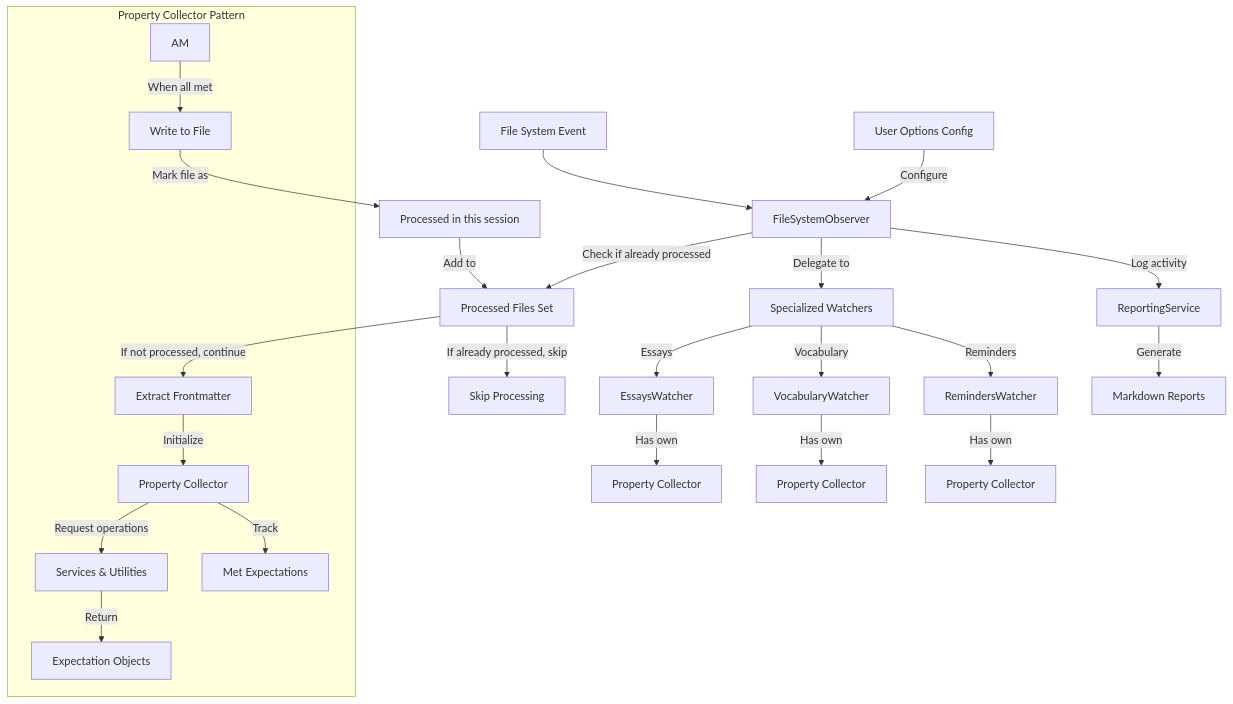
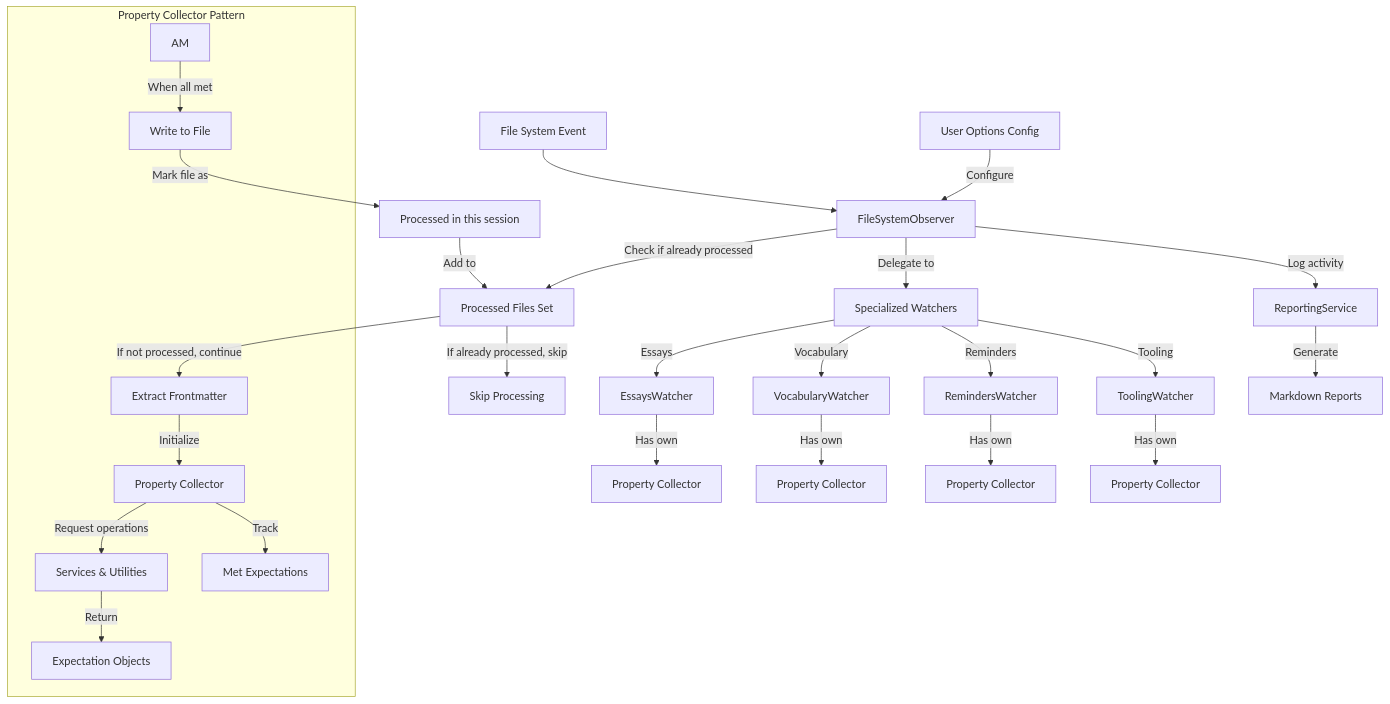
The second of 3 diagrams in specs/Filesystem-Observer-for-Consistent-Metadata-in-Markdown-files.md (lossless-group/lossless-content), drawn with Mermaid before and after one commit. The commit also changed other lines of this file and 4 other files, not shown here.

````diff
--- a/specs/Filesystem-Observer-for-Consistent-Metadata-in-Markdown-files.md
+++ b/specs/Filesystem-Observer-for-Consistent-Metadata-in-Markdown-files.md
@@ -171,32 +171,33 @@
 ```mermaid
 graph TD
     A[File System Event] --> B[FileSystemObserver]
     U[User Options Config] -->|Configure| B
     B -->|Check if already processed| P[Processed Files Set]
     P -->|If already processed, skip| S[Skip Processing]
     P -->|If not processed, continue| C[Extract Frontmatter]
     
     B -->|Delegate to| W[Specialized Watchers]
     W -->|Essays| W1[EssaysWatcher]
     W -->|Vocabulary| W2[VocabularyWatcher]
     W -->|Reminders| W3[RemindersWatcher]
+    W -->|Tooling| W4[ToolingWatcher]
     
     subgraph "Property Collector Pattern"
         C -->|Initialize| PC[Property Collector]
         PC -->|Request operations| SV[Services & Utilities]
         SV -->|Return| EO[Expectation Objects]
         PC -->|Track| ME[Met Expectations]
         AM -->|When all met| WF[Write to File]
     end
     
     W1 -->|Has own| PC1[Property Collector]
     W2 -->|Has own| PC2[Property Collector]
     W3 -->|Has own| PC3[Property Collector]
+    W4 -->|Has own| PC4[Property Collector]
     
     WF -->|Mark file as| MP[Processed in this session]
     MP -->|Add to| P
     
     B -->|Log activity| RP[ReportingService]
     RP -->|Generate| RR[Markdown Reports]
-
 ```
````
